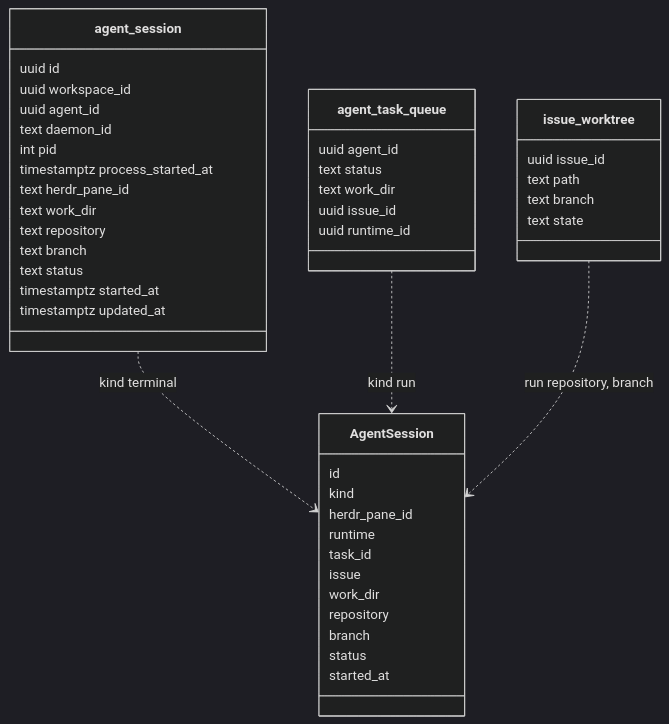
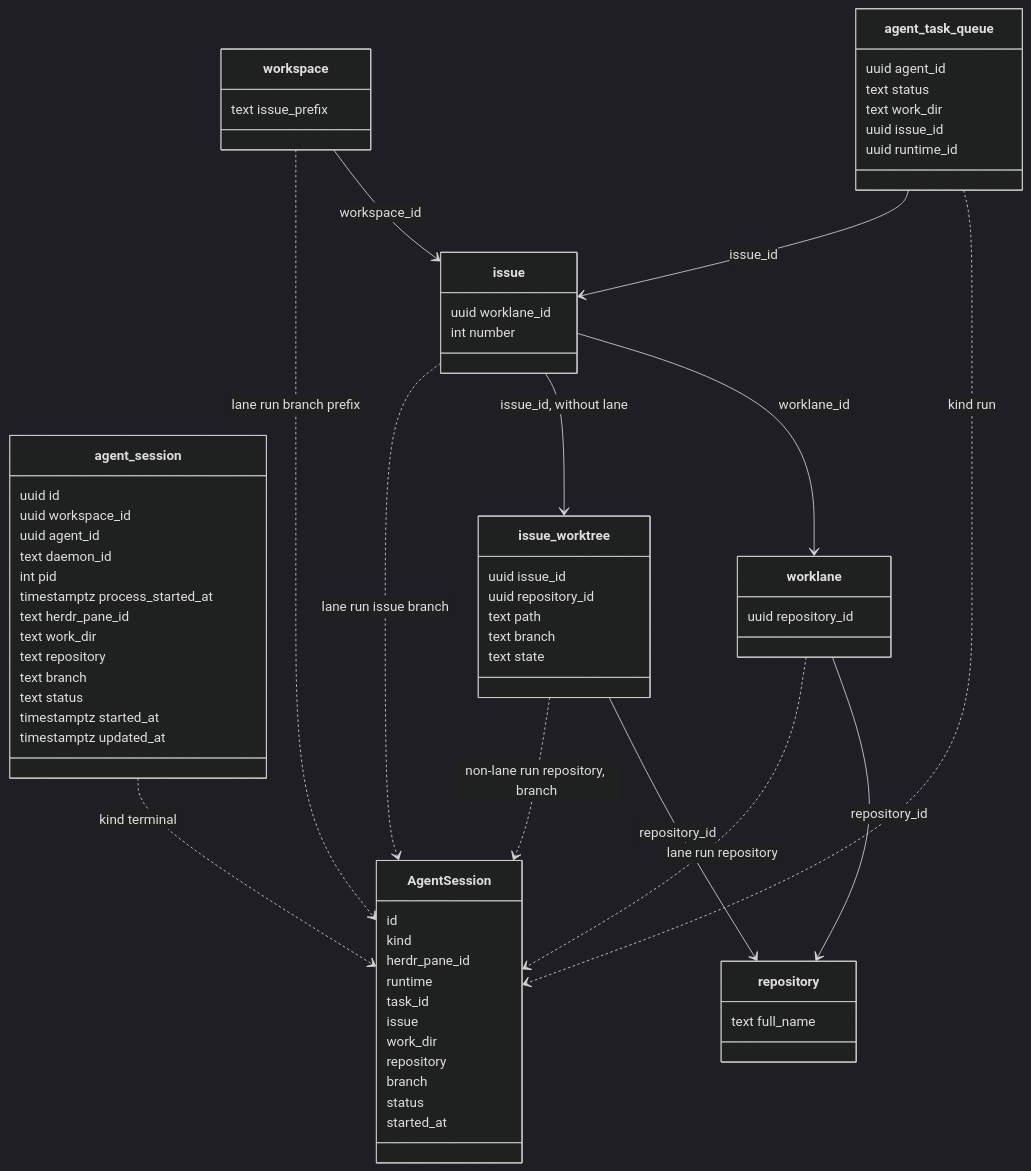
Before and after one commit to appboypov/multica: the diagram in specs/openspec/changes/agent-session-model/design.md, drawn with Mermaid (dark theme). The commit also changed other lines of this file and 25 other files, not shown here.

````diff
--- a/specs/openspec/changes/agent-session-model/design.md
+++ b/specs/openspec/changes/agent-session-model/design.md
@@ -3,47 +3,70 @@
 ```mermaid
 classDiagram
   class agent_session {
     uuid id
     uuid workspace_id
     uuid agent_id
     text daemon_id
     int pid
     timestamptz process_started_at
     text herdr_pane_id
     text work_dir
     text repository
     text branch
     text status
     timestamptz started_at
     timestamptz updated_at
   }
   class agent_task_queue {
     uuid agent_id
     text status
     text work_dir
     uuid issue_id
     uuid runtime_id
   }
+  class issue {
+    uuid worklane_id
+    int number
+  }
+  class workspace {
+    text issue_prefix
+  }
+  class worklane {
+    uuid repository_id
+  }
+  class repository {
+    text full_name
+  }
   class issue_worktree {
     uuid issue_id
+    uuid repository_id
     text path
     text branch
     text state
   }
   class AgentSession {
     id
     kind
     herdr_pane_id
     runtime
     task_id
     issue
     work_dir
     repository
     branch
     status
     started_at
   }
   agent_session ..> AgentSession : kind terminal
   agent_task_queue ..> AgentSession : kind run
-  issue_worktree ..> AgentSession : run repository, branch
+  agent_task_queue --> issue : issue_id
+  workspace --> issue : workspace_id
+  issue --> worklane : worklane_id
+  worklane --> repository : repository_id
+  issue --> issue_worktree : issue_id, without lane
+  issue_worktree --> repository : repository_id
+  worklane ..> AgentSession : lane run repository
+  issue ..> AgentSession : lane run issue branch
+  workspace ..> AgentSession : lane run branch prefix
+  issue_worktree ..> AgentSession : non-lane run repository, branch
 ```
````
